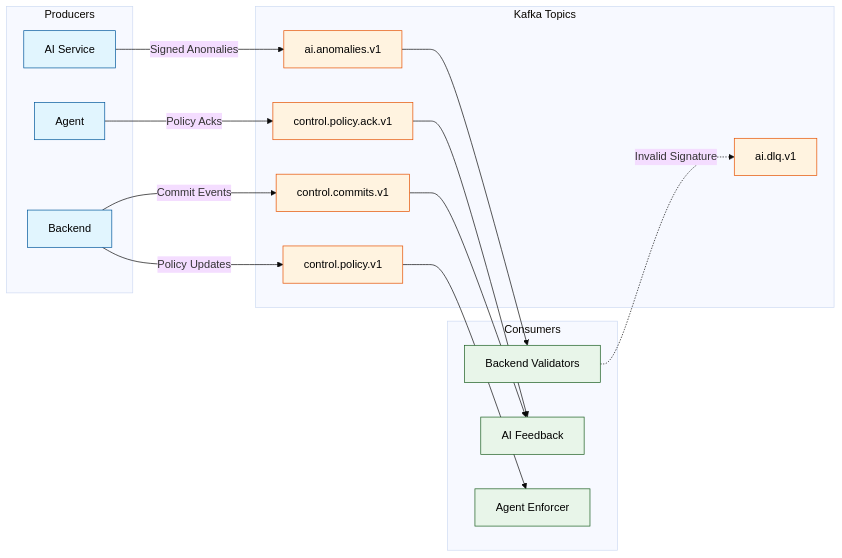
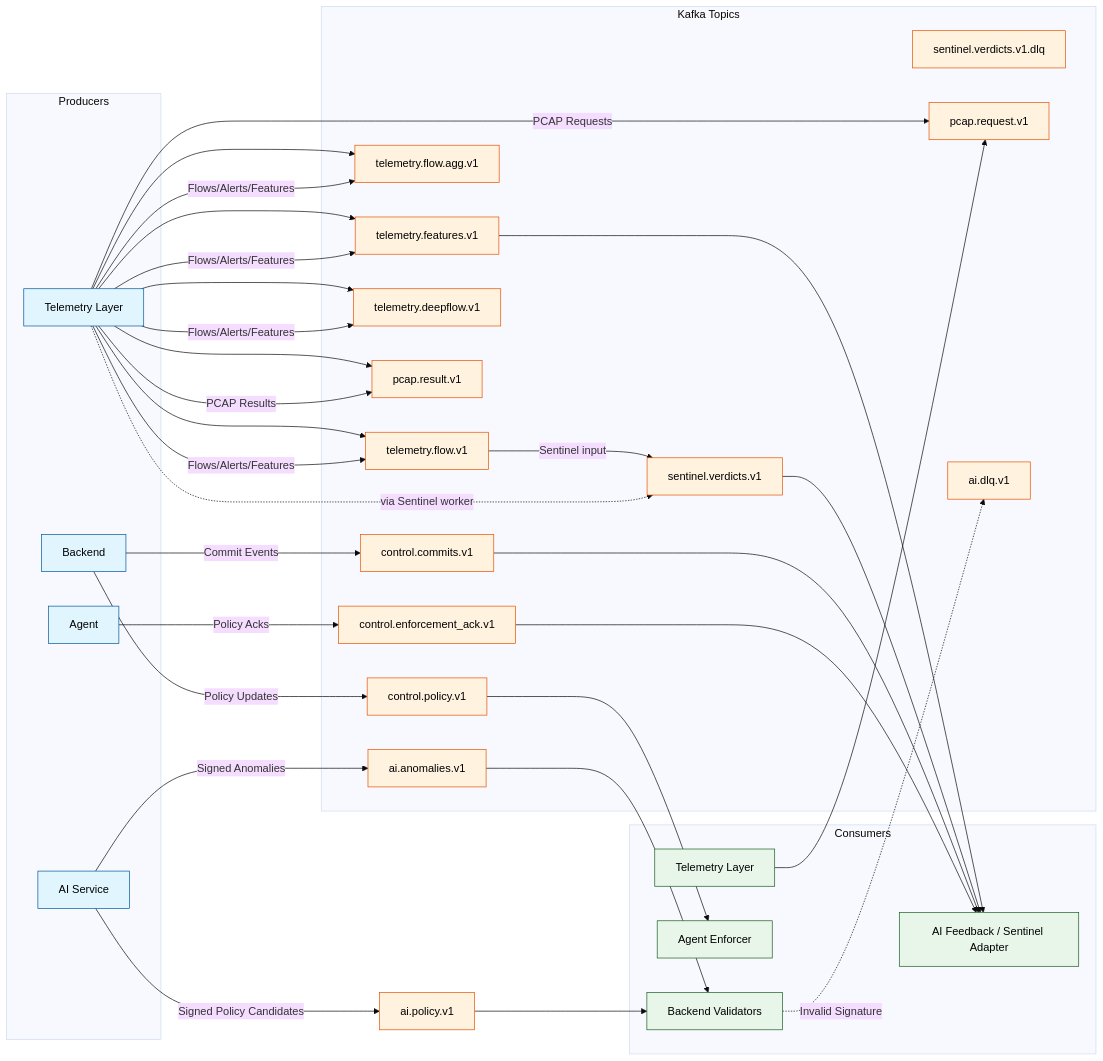
Before and after one commit to EveShark/CyberMesh: the diagram in docs/architecture/04_kafka_message_bus.md, drawn with Mermaid (base theme). The commit also changed other lines of this file and 49 other files, not shown here.

````diff
--- a/docs/architecture/04_kafka_message_bus.md
+++ b/docs/architecture/04_kafka_message_bus.md
@@ -24,44 +44,67 @@
 ```mermaid
 graph LR
     subgraph Producers
+        TL[Telemetry Layer]
         AI[AI Service]
         BE[Backend]
         AG[Agent]
     end
 
     subgraph Topics["Kafka Topics"]
+        F1[telemetry.flow.v1]
+        F2[telemetry.flow.agg.v1]
+        F3[telemetry.features.v1]
+        F4[telemetry.deepflow.v1]
+        S1[sentinel.verdicts.v1]
+        S2[sentinel.verdicts.v1.dlq]
+        F5[pcap.request.v1]
+        F6[pcap.result.v1]
         T1[ai.anomalies.v1]
         T2[control.commits.v1]
         T3[control.policy.v1]
-        T4[control.policy.ack.v1]
+        T4[control.enforcement_ack.v1]
         DLQ[ai.dlq.v1]
     end
 
     subgraph Consumers
         BEC[Backend Validators]
-        AIC[AI Feedback]
+        AIC[AI Feedback / Sentinel Adapter]
         AGC[Agent Enforcer]
+        TLC[Telemetry Layer]
     end
 
+    TL --> F1 & F2 & F3 & F4 & F6
+    TLC --> F5
+    F3 --> AIC
+    F1 -->|Sentinel input| S1
+    S1 --> AIC
+
+    TL -->|Flows/Alerts/Features| F1 & F2 & F3 & F4
+    TL -->|PCAP Results| F6
+    TL -->|PCAP Requests| F5
+    TL -.->|via Sentinel worker| S1
+
     AI -->|Signed Anomalies| T1
+    AI -->|Signed Policy Candidates| aiPolicy[ai.policy.v1]
     T1 --> BEC
+    aiPolicy --> BEC
     
     BE -->|Commit Events| T2
     T2 --> AIC
     
     BE -->|Policy Updates| T3
     T3 --> AGC
     
     AG -->|Policy Acks| T4
     T4 --> AIC
     
     BEC -.->|Invalid Signature| DLQ
 
     classDef pro fill:#e1f5fe,stroke:#01579b,color:#000;
     classDef top fill:#fff3e0,stroke:#e65100,color:#000;
     classDef con fill:#e8f5e9,stroke:#1b5e20,color:#000;
     
-    class AI,BE,AG pro;
-    class T1,T2,T3,T4,DLQ top;
-    class BEC,AIC,AGC con;
+    class TL,AI,BE,AG pro;
+    class F1,F2,F3,F4,S1,S2,F5,F6,T1,T2,T3,T4,aiPolicy,DLQ top;
+    class BEC,AIC,AGC,TLC con;
 ```
````
